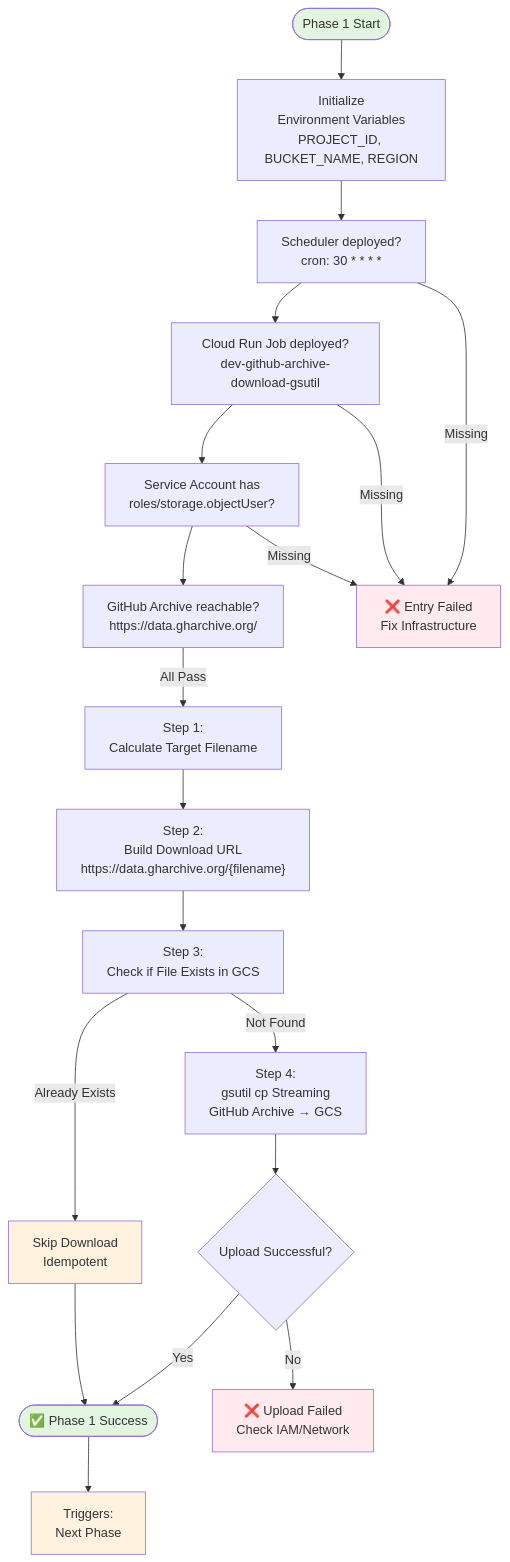
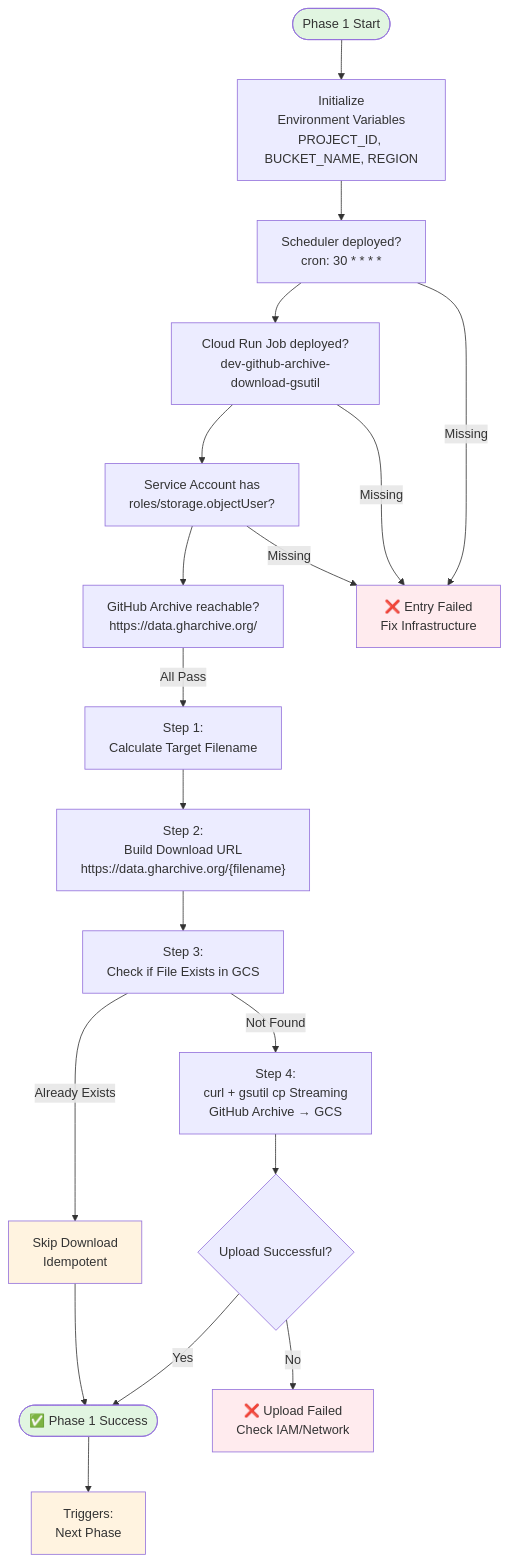
The diagram in design/github_archive/phase1_ingestion/diagrams/ingestion_01_main_flow.md (prateekpanjla-outlook/gcp_data_proc), drawn with Mermaid before and after one commit. The commit also changed other lines of this file and 7 other files, not shown here.

````diff
--- a/design/github_archive/phase1_ingestion/diagrams/ingestion_01_main_flow.md
+++ b/design/github_archive/phase1_ingestion/diagrams/ingestion_01_main_flow.md
@@ -3,34 +3,34 @@
 ```mermaid
 graph TD
     Start([Phase 1 Start]) --> Init[Initialize<br>Environment Variables<br>PROJECT_ID, BUCKET_NAME, REGION]
 
     Init --> E1[Scheduler deployed?<br>cron: 30 * * * *]
     E1 --> E2[Cloud Run Job deployed?<br>dev-github-archive-download-gsutil]
     E2 --> E3[Service Account has<br>roles/storage.objectUser?]
     E3 --> E4[GitHub Archive reachable?<br>https://data.gharchive.org/]
 
     E4 -->|All Pass| CalcFilename[Step 1:<br>Calculate Target Filename]
     E1 -->|Missing| FailEntry[❌ Entry Failed<br>Fix Infrastructure]
     E2 -->|Missing| FailEntry
     E3 -->|Missing| FailEntry
 
     CalcFilename --> BuildURL["Step 2:<br>Build Download URL<br>https://data.gharchive.org/{filename}"]
 
     BuildURL --> CheckExists["Step 3:<br>Check if File Exists in GCS"]
     CheckExists -->|Already Exists| Skip[Skip Download<br>Idempotent]
-    CheckExists -->|Not Found| StreamDownload["Step 4:<br>gsutil cp Streaming<br>GitHub Archive → GCS"]
+    CheckExists -->|Not Found| StreamDownload["Step 4:<br>curl + gsutil cp Streaming<br>GitHub Archive → GCS"]
 
     StreamDownload --> Verify{Upload Successful?}
     Verify -->|Yes| Success([✅ Phase 1 Success])
     Verify -->|No| FailUpload[❌ Upload Failed<br>Check IAM/Network]
 
     Skip --> Success
     Success --> Trigger[Triggers:<br>Next Phase]
 
     style Start fill:#e1f5e1
     style Success fill:#e1f5e1
     style Skip fill:#fff3e0
     style FailEntry fill:#ffebee
     style FailUpload fill:#ffebee
     style Trigger fill:#fff3e0
 ```
````
